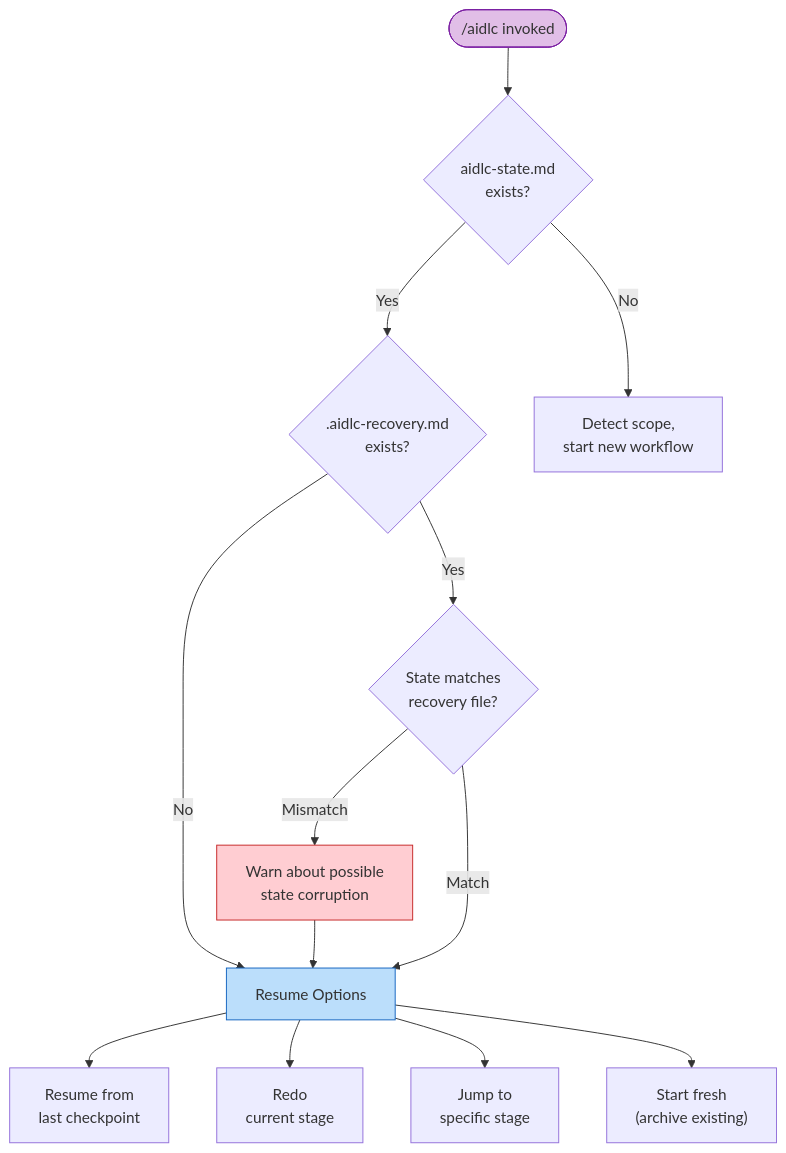
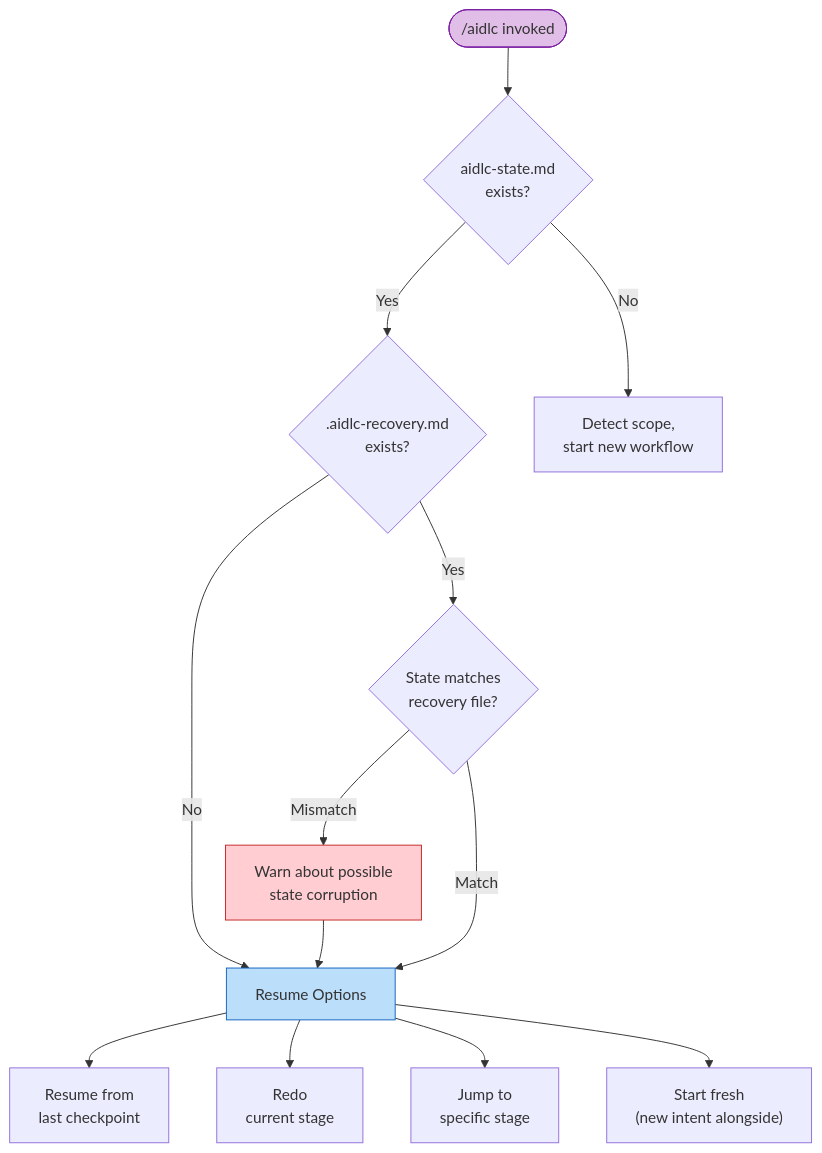
One commit to awslabs/aidlc-workflows changed the diagram in docs/guide/11-session-management.md. Above: the diagram before and after it, drawn with Mermaid. The commit also changed other lines of this file and 102 other files, not shown here.

````diff
--- a/docs/guide/11-session-management.md
+++ b/docs/guide/11-session-management.md
@@ -17,34 +17,34 @@
 ```mermaid
 flowchart TD
     START(["/aidlc invoked"])
     STATE_EXISTS{"aidlc-state.md\nexists?"}
     RECOVERY_CHECK{".aidlc-recovery.md\nexists?"}
     CORRUPTION{"State matches\nrecovery file?"}
     WARN["Warn about possible\nstate corruption"]
     RESUME_MENU["Resume Options"]
 
     OPT_RESUME["Resume from\nlast checkpoint"]
     OPT_REDO["Redo\ncurrent stage"]
     OPT_JUMP["Jump to\nspecific stage"]
-    OPT_FRESH["Start fresh\n(archive existing)"]
+    OPT_FRESH["Start fresh\n(new intent alongside)"]
 
     SCOPE_DETECT["Detect scope,\nstart new workflow"]
 
     START --> STATE_EXISTS
     STATE_EXISTS -->|Yes| RECOVERY_CHECK
     STATE_EXISTS -->|No| SCOPE_DETECT
 
     RECOVERY_CHECK -->|Yes| CORRUPTION
     RECOVERY_CHECK -->|No| RESUME_MENU
     CORRUPTION -->|Mismatch| WARN --> RESUME_MENU
     CORRUPTION -->|Match| RESUME_MENU
 
     RESUME_MENU --> OPT_RESUME
     RESUME_MENU --> OPT_REDO
     RESUME_MENU --> OPT_JUMP
     RESUME_MENU --> OPT_FRESH
 
     style START fill:#e1bee7,stroke:#7b1fa2
     style RESUME_MENU fill:#bbdefb,stroke:#1565c0
     style WARN fill:#ffcdd2,stroke:#c62828
 ```
````
